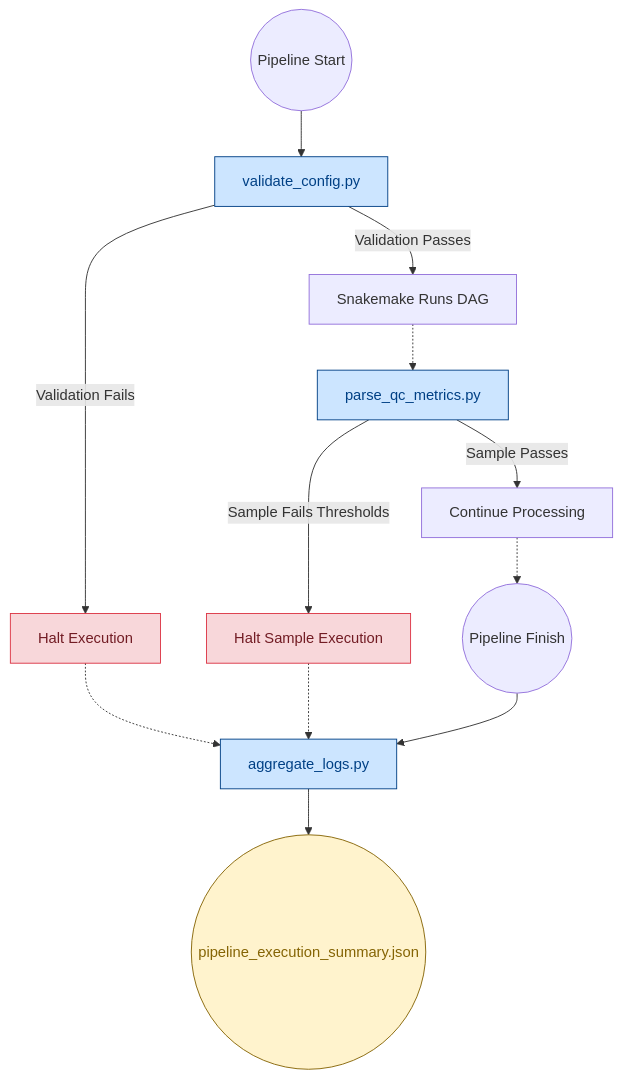
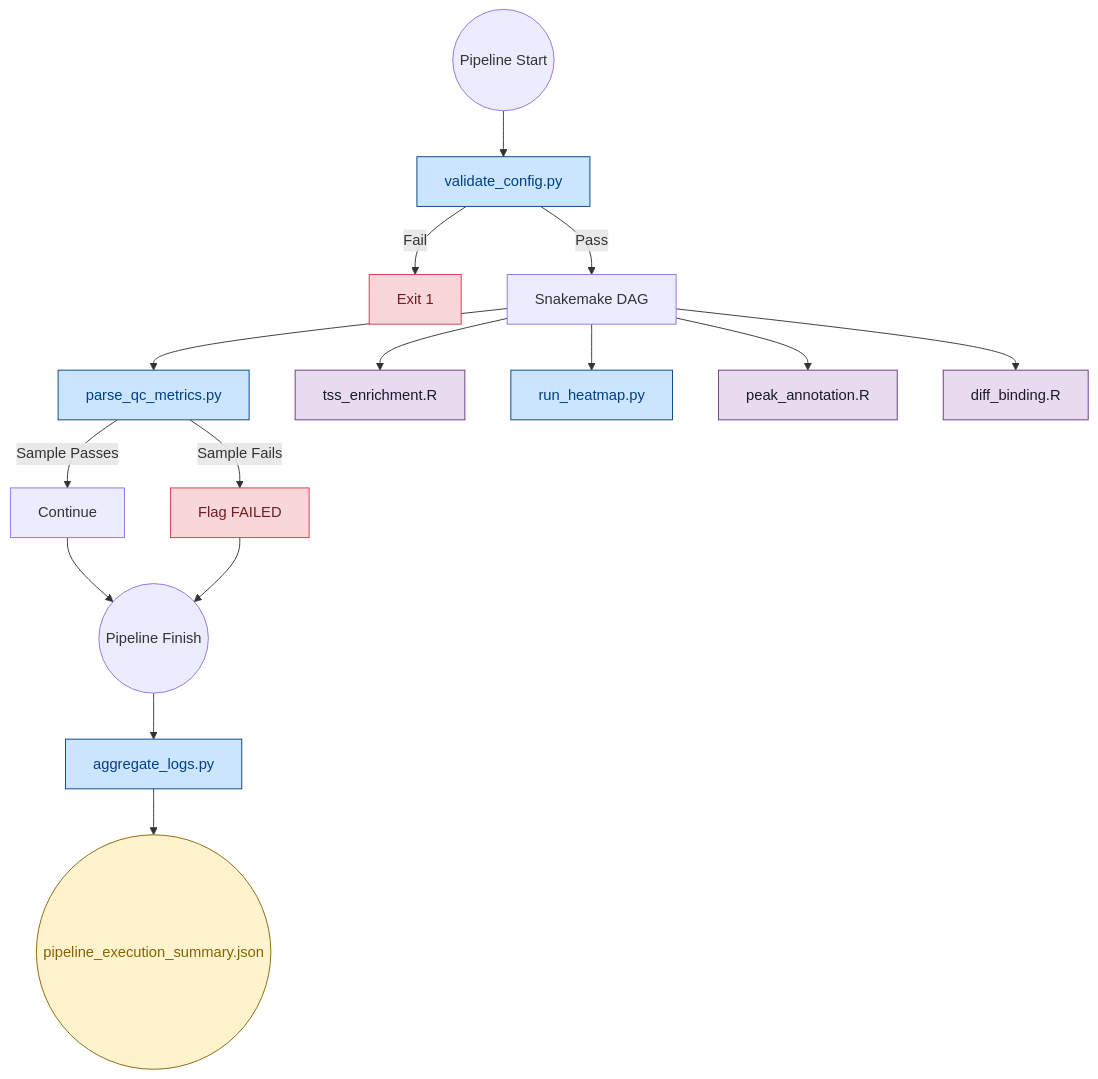
The diagram in rules/scripts/README.md (BDB-Genomics/bdb-cutandrun), drawn with Mermaid before and after one commit. The commit also changed other lines of this file and 1 other file, not shown here.

Commit message:
docs: update pipeline and scripts README with complete architecture flowcharts

````diff
--- a/rules/scripts/README.md
+++ b/rules/scripts/README.md
@@ -9,36 +9,30 @@
 ```mermaid
 graph TD
-    %% Global Nodes
-    Start((Pipeline Start))
-    End((Pipeline Finish))
-    
-    %% Scripts
-    V[validate_config.py]
-    QC[parse_qc_metrics.py]
-    A[aggregate_logs.py]
-    
-    %% Pipeline Flow
-    Start --> V
-    V -- Validation Fails --> Halt1[Halt Execution]
-    V -- Validation Passes --> BuildDAG[Snakemake Runs DAG]
-    
-    BuildDAG -.-> QC
-    QC -- Sample Fails Thresholds --> Halt2[Halt Sample Execution]
-    QC -- Sample Passes --> Continue[Continue Processing]
-    
-    Continue -.-> End
-    Halt1 -.-> A
-    Halt2 -.-> A
-    End --> A
-    
+    Start((Pipeline Start)) --> V[validate_config.py]
+    V -- Fail --> Halt1[Exit 1]
+    V -- Pass --> DAG[Snakemake DAG]
+
+    DAG --> QC[parse_qc_metrics.py]
+    QC -- Sample Fails --> Halt2[Flag FAILED]
+    QC -- Sample Passes --> Continue[Continue]
+
+    DAG --> TSS[tss_enrichment.R]
+    DAG --> Heatmap[run_heatmap.py]
+    DAG --> PeakAnnot[peak_annotation.R]
+    DAG --> DiffBind[diff_binding.R]
+
+    Continue --> End((Pipeline Finish))
+    Halt2 --> End
+    End --> A[aggregate_logs.py]
     A --> JSON((pipeline_execution_summary.json))
 
-    %% Styling
     classDef script fill:#cce5ff,stroke:#004085,color:#004085;
+    classDef rscript fill:#e8daef,stroke:#6c3483,color:#1a1a2e;
     classDef halt fill:#f8d7da,stroke:#dc3545,color:#721c24;
     classDef artifact fill:#fff3cd,stroke:#856404,color:#856404;
-    
-    class V,QC,A script;
+
+    class V,QC,Heatmap,A script;
+    class TSS,PeakAnnot,DiffBind rscript;
     class Halt1,Halt2 halt;
     class JSON artifact;
 ```
````
